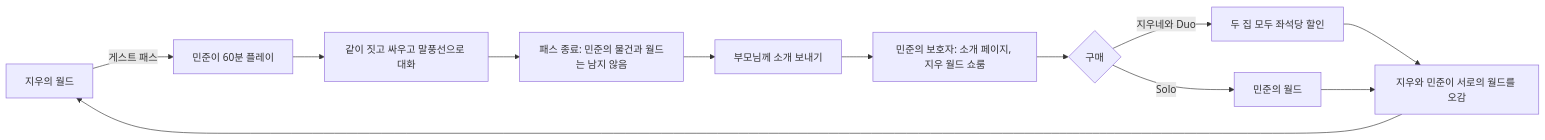
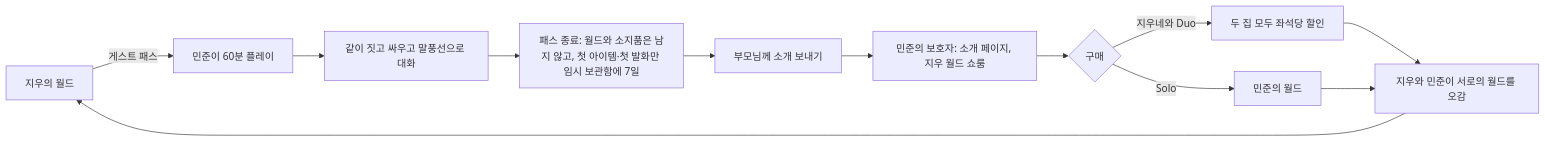
The seventh of 7 diagrams in docs/10-flows.md (24h-gambler/lcw-mosaic), drawn with Mermaid before and after one commit. The commit also changed other lines of this file and 21 other files, not shown here.

````diff
--- a/docs/10-flows.md
+++ b/docs/10-flows.md
@@ -163,14 +167,14 @@
 ```mermaid
 flowchart LR
   A["지우의 월드"] -->|"게스트 패스"| B["민준이 60분 플레이"]
   B --> C["같이 짓고 싸우고 말풍선으로 대화"]
-  C --> D["패스 종료: 민준의 물건과 월드는 남지 않음"]
+  C --> D["패스 종료: 월드와 소지품은 남지 않고, 첫 아이템·첫 발화만 임시 보관함에 7일"]
   D --> E["부모님께 소개 보내기"]
   E --> F["민준의 보호자: 소개 페이지, 지우 월드 쇼룸"]
   F --> G{"구매"}
   G -->|"지우네와 Duo"| H["두 집 모두 좌석당 할인"]
   G -->|"Solo"| I["민준의 월드"]
   H --> J["지우와 민준이 서로의 월드를 오감"]
   I --> J
   J --> A
 ```
````
